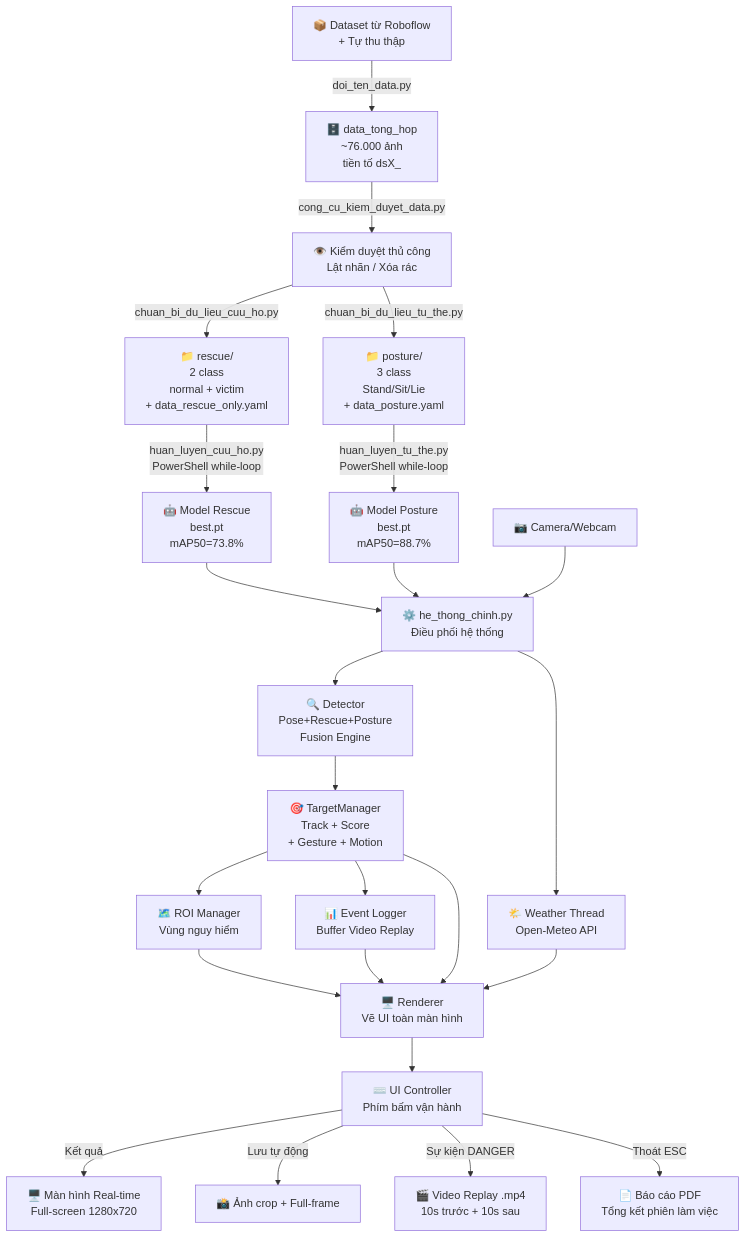
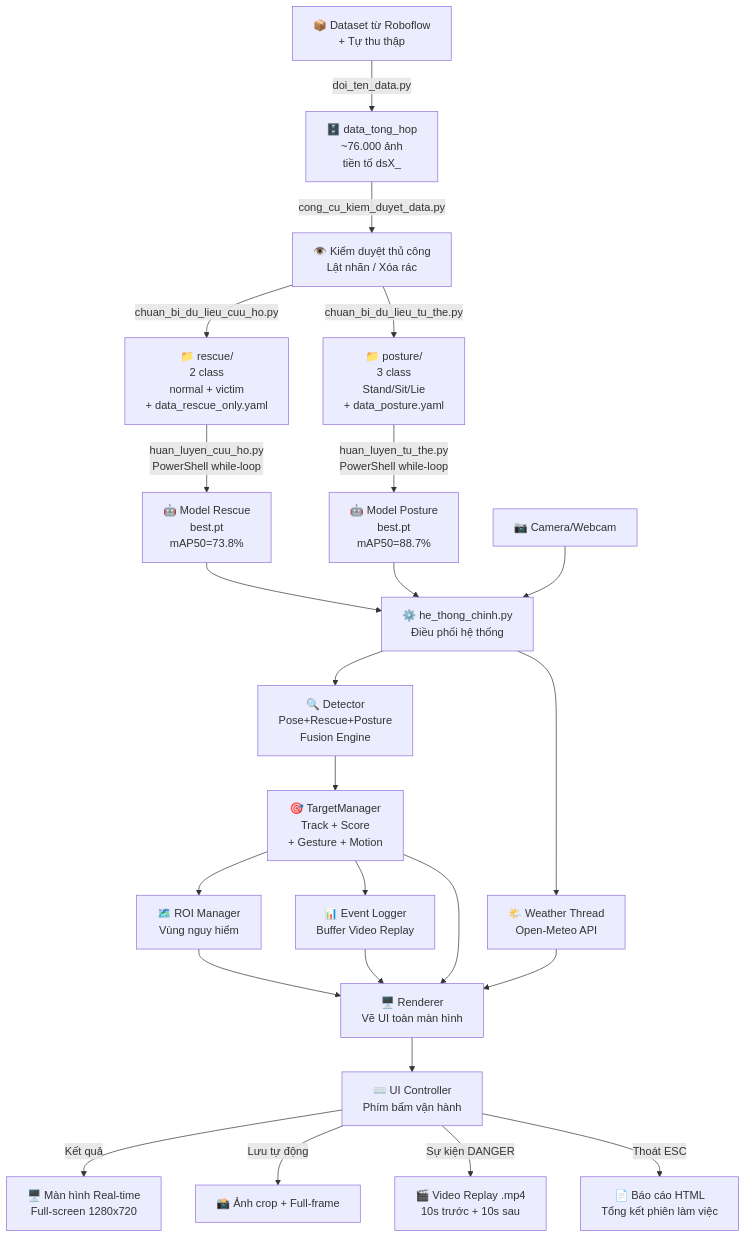
One commit to Funnyhust/drone_hehe changed the diagram in AI_Yolo/tong_quan_du_an.md. Above: the diagram before and after it, drawn with Mermaid. The commit also changed 40 other files, not shown here.

````diff
--- a/AI_Yolo/tong_quan_du_an.md
+++ b/AI_Yolo/tong_quan_du_an.md
@@ -549,26 +549,26 @@
 ```mermaid
 flowchart TD
     A["📦 Dataset từ Roboflow\n+ Tự thu thập"] -->|doi_ten_data.py| B["🗄️ data_tong_hop\n~76.000 ảnh\ntiền tố dsX_"]
     B -->|cong_cu_kiem_duyet_data.py| C["👁️ Kiểm duyệt thủ công\nLật nhãn / Xóa rác"]
     C -->|chuan_bi_du_lieu_cuu_ho.py| D["📁 rescue/\n2 class\nnormal + victim\n+ data_rescue_only.yaml"]
     C -->|chuan_bi_du_lieu_tu_the.py| E["📁 posture/\n3 class\nStand/Sit/Lie\n+ data_posture.yaml"]
     D -->|huan_luyen_cuu_ho.py\nPowerShell while-loop| F["🤖 Model Rescue\nbest.pt\nmAP50=73.8%"]
     E -->|huan_luyen_tu_the.py\nPowerShell while-loop| G["🤖 Model Posture\nbest.pt\nmAP50=88.7%"]
     F --> H["⚙️ he_thong_chinh.py\nĐiều phối hệ thống"]
     G --> H
     H1["📷 Camera/Webcam"] --> H
     H --> I["🔍 Detector\nPose+Rescue+Posture\nFusion Engine"]
     I --> J["🎯 TargetManager\nTrack + Score\n+ Gesture + Motion"]
     J --> K["🗺️ ROI Manager\nVùng nguy hiểm"]
     J --> L["📊 Event Logger\nBuffer Video Replay"]
     H --> M["🌤️ Weather Thread\nOpen-Meteo API"]
     K --> N["🖥️ Renderer\nVẽ UI toàn màn hình"]
     L --> N
     M --> N
     J --> N
     N --> O["⌨️ UI Controller\nPhím bấm vận hành"]
     O -->|Kết quả| P1["🖥️ Màn hình Real-time\nFull-screen 1280x720"]
     O -->|Lưu tự động| P2["📸 Ảnh crop + Full-frame"]
     O -->|Sự kiện DANGER| P3["🎬 Video Replay .mp4\n10s trước + 10s sau"]
-    O -->|Thoát ESC| P4["📄 Báo cáo PDF\nTổng kết phiên làm việc"]
+    O -->|Thoát ESC| P4["📄 Báo cáo HTML\nTổng kết phiên làm việc"]
 ```
````
